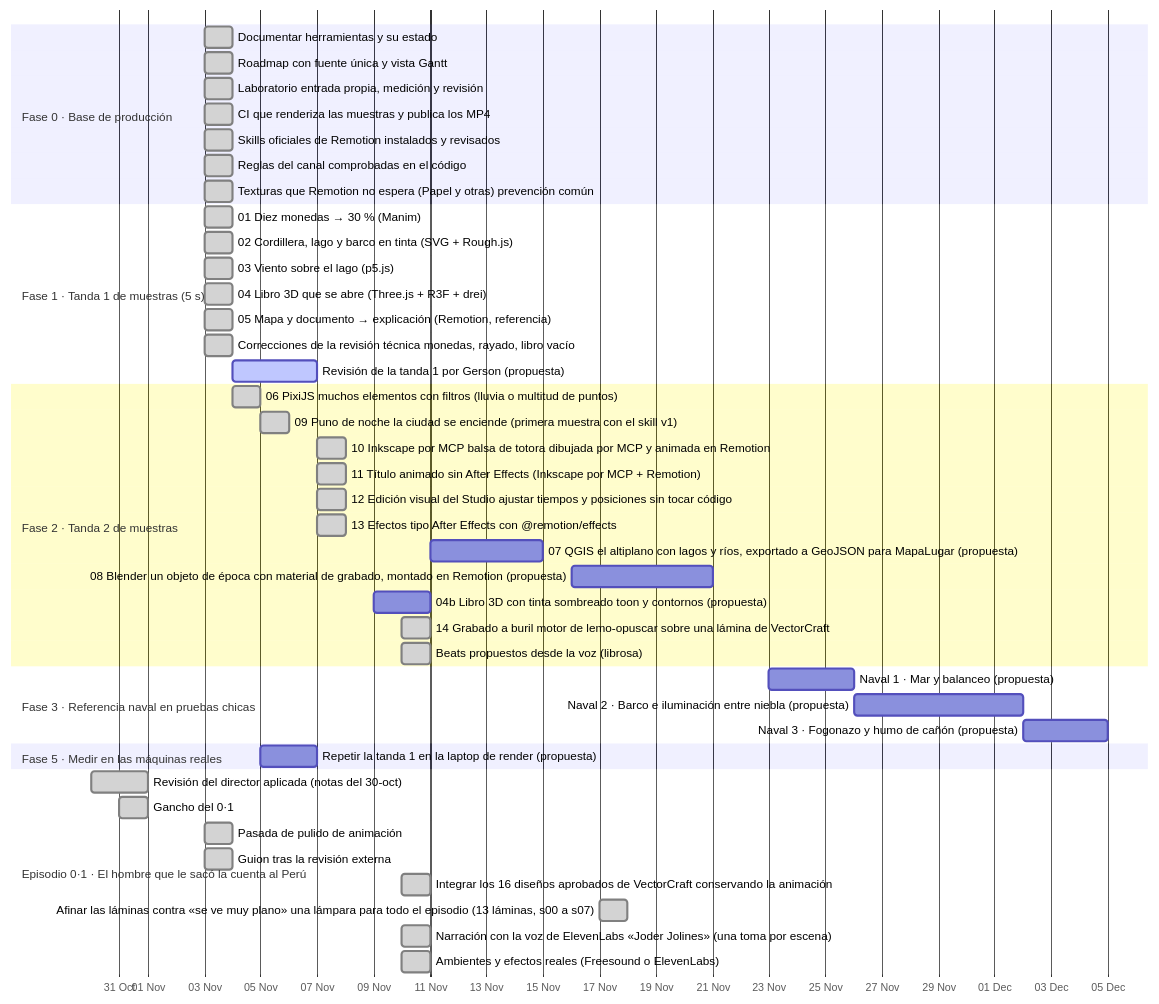
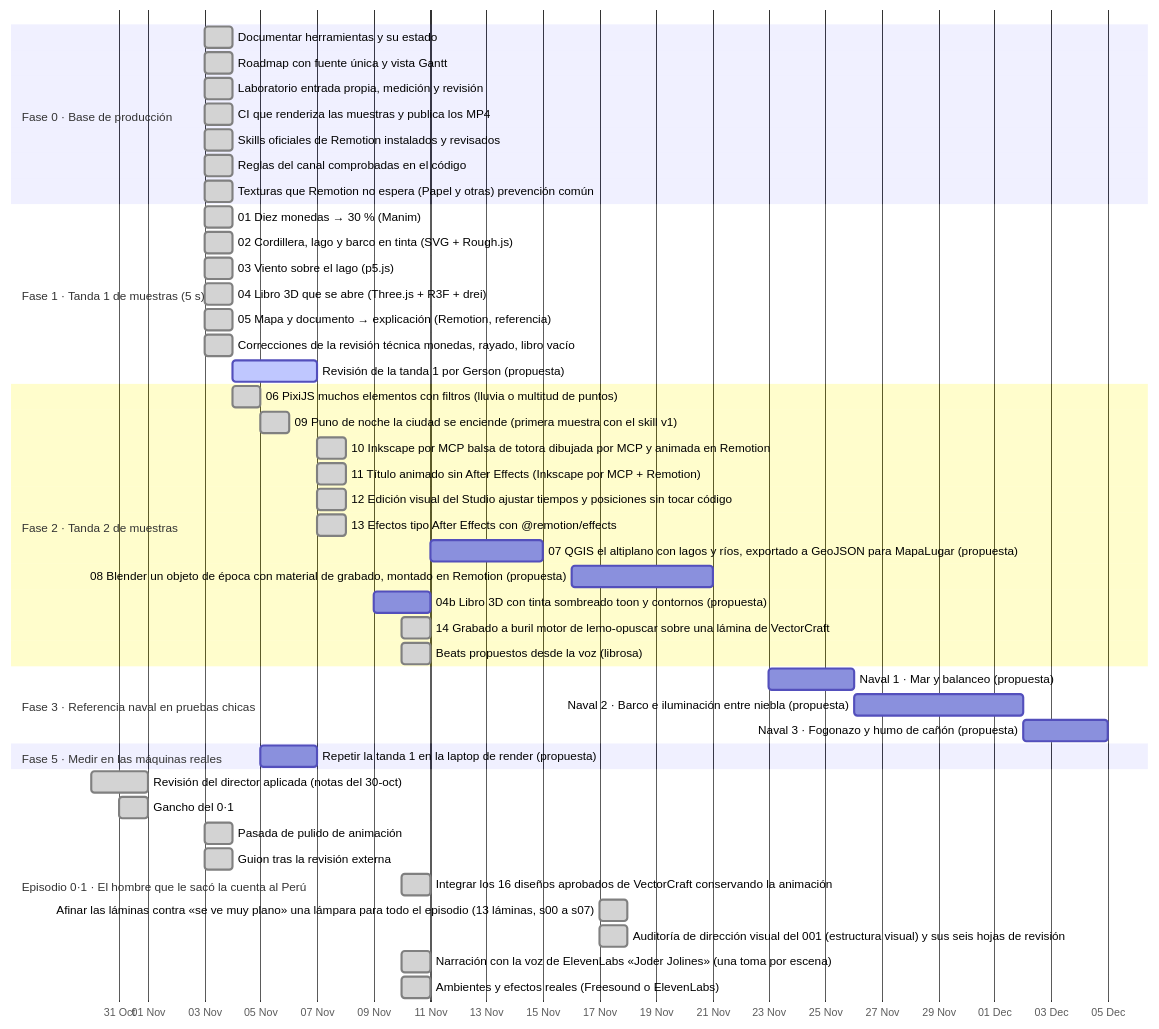
The diagram in ROADMAP.md (Eltiokarma/Remotion_HistoriaPer-), drawn with Mermaid before and after one commit. The commit also changed other lines of this file and 6 other files, not shown here.

````diff
--- a/ROADMAP.md
+++ b/ROADMAP.md
@@ -31,49 +31,50 @@
 ```mermaid
 gantt
   dateFormat YYYY-MM-DD
   axisFormat %d %b
   todayMarker off
   section Fase 0 · Base de producción
   Documentar herramientas y su estado :done, f0herramientas, 2026-11-03, 1d
   Roadmap con fuente única y vista Gantt :done, f0roadmap, 2026-11-03, 1d
   Laboratorio entrada propia, medición y revisión :done, f0laboratorio, 2026-11-03, 1d
   CI que renderiza las muestras y publica los MP4 :done, t1ci, 2026-11-03, 1d
   Skills oficiales de Remotion instalados y revisados :done, f0skillremotion, 2026-11-03, 1d
   Reglas del canal comprobadas en el código :done, f0reglascodigo, 2026-11-03, 1d
   Texturas que Remotion no espera (Papel y otras) prevención común :done, infrapapel, 2026-11-03, 1d
   section Fase 1 · Tanda 1 de muestras (5 s)
   01 Diez monedas → 30 % (Manim) :done, t1manim, 2026-11-03, 1d
   02 Cordillera, lago y barco en tinta (SVG + Rough.js) :done, t1tinta, 2026-11-03, 1d
   03 Viento sobre el lago (p5.js) :done, t1viento, 2026-11-03, 1d
   04 Libro 3D que se abre (Three.js + R3F + drei) :done, t1libro3d, 2026-11-03, 1d
   05 Mapa y documento → explicación (Remotion, referencia) :done, t1mapa, 2026-11-03, 1d
   Correcciones de la revisión técnica monedas, rayado, libro vacío :done, t1correcciones, 2026-11-03, 1d
   Revisión de la tanda 1 por Gerson (propuesta) :active, t1revision, 2026-11-04, 3d
   section Fase 2 · Tanda 2 de muestras
   06 PixiJS muchos elementos con filtros (lluvia o multitud de puntos) :done, t2pixi, 2026-11-04, 1d
   09 Puno de noche la ciudad se enciende (primera muestra con el skill v1) :done, t2puno, 2026-11-05, 1d
   10 Inkscape por MCP balsa de totora dibujada por MCP y animada en Remotion :done, t2inkscape, 2026-11-07, 1d
   11 Título animado sin After Effects (Inkscape por MCP + Remotion) :done, t2titulo, 2026-11-07, 1d
   12 Edición visual del Studio ajustar tiempos y posiciones sin tocar código :done, t2studio, 2026-11-07, 1d
   13 Efectos tipo After Effects con @remotion/effects :done, t2efectos, 2026-11-07, 1d
   07 QGIS el altiplano con lagos y ríos, exportado a GeoJSON para MapaLugar (propuesta) :t2qgis, 2026-11-11, 4d
   08 Blender un objeto de época con material de grabado, montado en Remotion (propuesta) :t2blender, 2026-11-16, 5d
   04b Libro 3D con tinta sombreado toon y contornos (propuesta) :t2toon, 2026-11-09, 2d
   14 Grabado a buril motor de lemo-opuscar sobre una lámina de VectorCraft :done, t2grabado, 2026-11-10, 1d
   Beats propuestos desde la voz (librosa) :done, t2beatsvoz, 2026-11-10, 1d
   section Fase 3 · Referencia naval en pruebas chicas
   Naval 1 · Mar y balanceo (propuesta) :n1mar, 2026-11-23, 3d
   Naval 2 · Barco e iluminación entre niebla (propuesta) :n2barco, 2026-11-26, 6d
   Naval 3 · Fogonazo y humo de cañón (propuesta) :n3fogonazo, 2026-12-02, 3d
   section Fase 5 · Medir en las máquinas reales
   Repetir la tanda 1 en la laptop de render (propuesta) :f5laptop, 2026-11-05, 2d
   section Episodio 0·1 · El hombre que le sacó la cuenta al Perú
   Revisión del director aplicada (notas del 30-oct) :done, e1revision, 2026-10-30, 2d
   Gancho del 0·1 :done, e1gancho, 2026-10-31, 1d
   Pasada de pulido de animación :done, e1pulido, 2026-11-03, 1d
   Guion tras la revisión externa :done, e1guionexterno, 2026-11-03, 1d
   Integrar los 16 diseños aprobados de VectorCraft conservando la animación :done, e1laminas, 2026-11-10, 1d
   Afinar las láminas contra «se ve muy plano» una lámpara para todo el episodio (13 láminas, s00 a s07) :done, e1luzlampara, 2026-11-17, 1d
+  Auditoría de dirección visual del 001 (estructura visual) y sus seis hojas de revisión :done, e1auditoriavisual, 2026-11-17, 1d
   Narración con la voz de ElevenLabs «Joder Jolines» (una toma por escena) :done, e1voz, 2026-11-10, 1d
   Ambientes y efectos reales (Freesound o ElevenLabs) :done, e1ambientes, 2026-11-10, 1d
 ```
````
